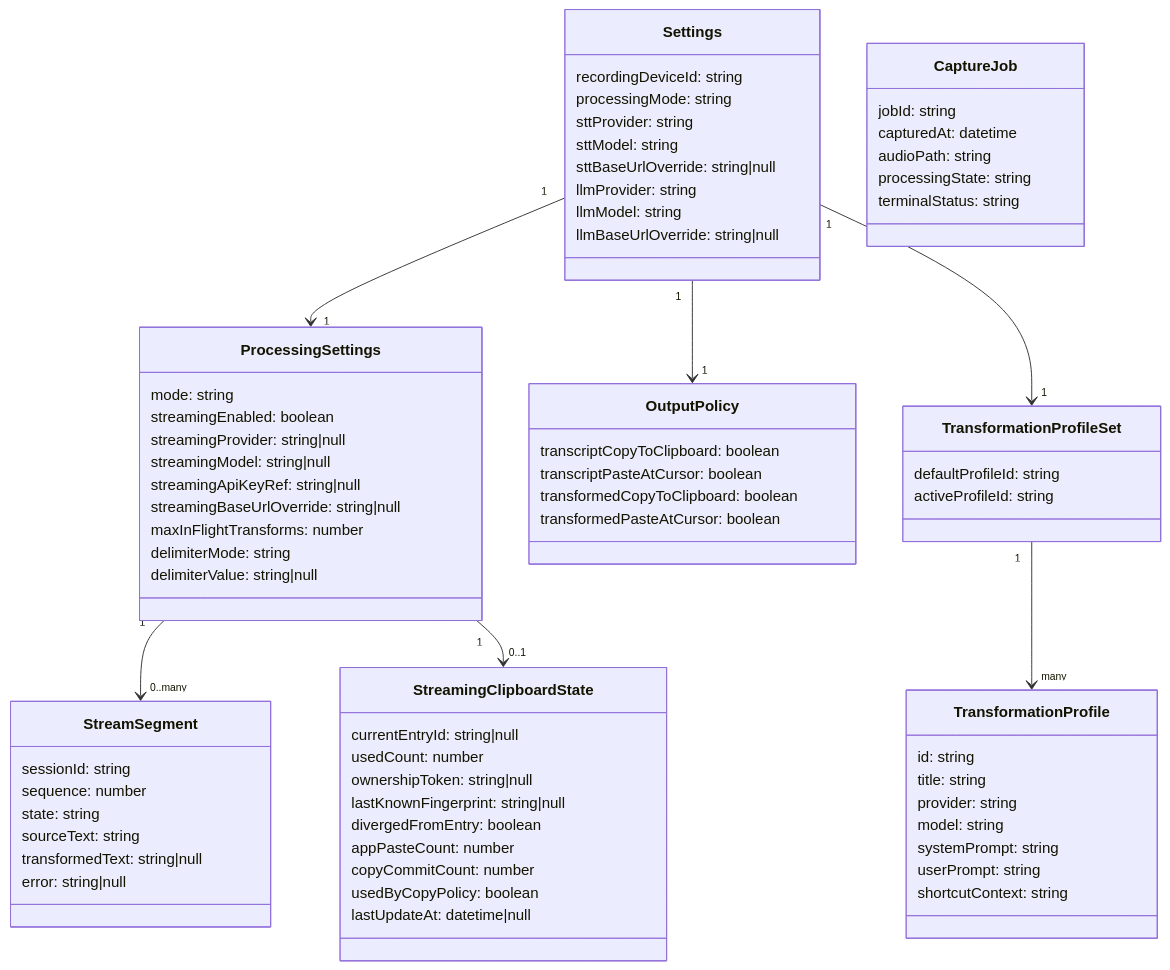
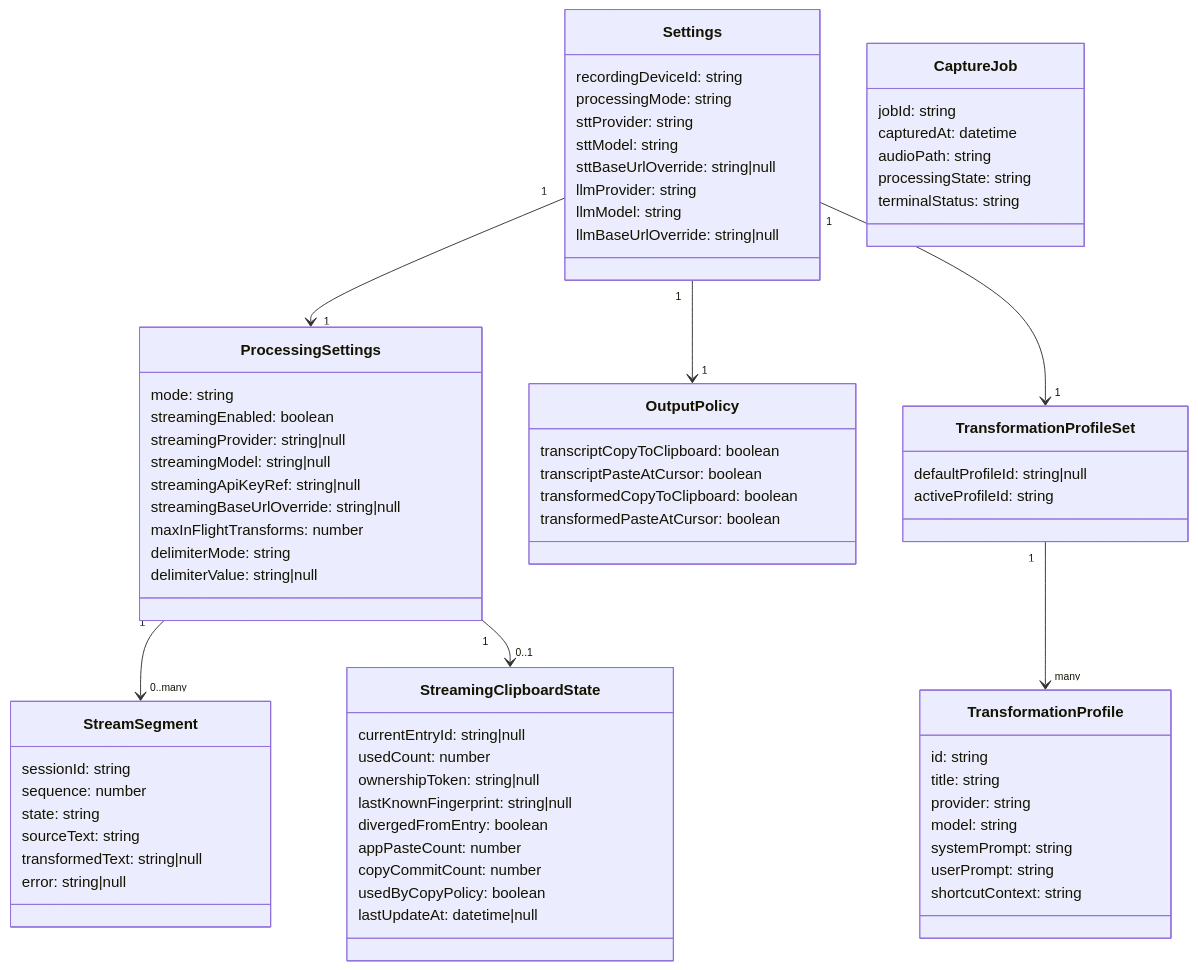
Before and after one commit to massun-onibakuchi/speech-to-text-app: the second of 8 diagrams in specs/v1-spec.md, drawn with Mermaid. The commit also changed other lines of this file and 1 other file, not shown here.

```diff
--- a/specs/v1-spec.md
+++ b/specs/v1-spec.md
@@ -392,7 +414,7 @@
   }
 
   class TransformationProfileSet {
-    defaultProfileId: string
+    defaultProfileId: string|null
     activeProfileId: string
   }
 
```
